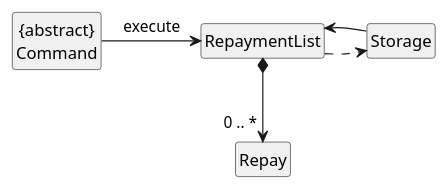
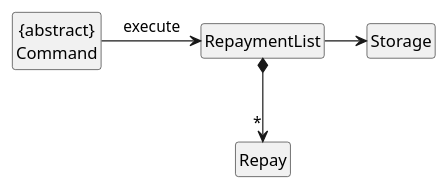
One commit to xieyaoyue/tp changed the diagram in src/uml/repaymentListClass.puml. Above: the diagram before and after it, drawn with PlantUML. The commit also changed 6 other files, not shown here.

Commit message:
Update UML for architecture, repayment, spending lists

```diff
--- a/src/uml/repaymentListClass.puml
+++ b/src/uml/repaymentListClass.puml
@@ -1,16 +1,15 @@
 @startuml
 
 hide circle
 hide members
 skinparam classAttributeIconSize 0
 
 class "{abstract}\nCommand"
 class RepaymentList
 class Repay
 
-RepaymentList *--> "0 .. *" Repay
+RepaymentList *--> "*" Repay
 "{abstract}\nCommand" -right-> RepaymentList : execute
-RepaymentList ..> Storage
-Storage -> RepaymentList
+RepaymentList -> Storage
 
 @enduml
```
